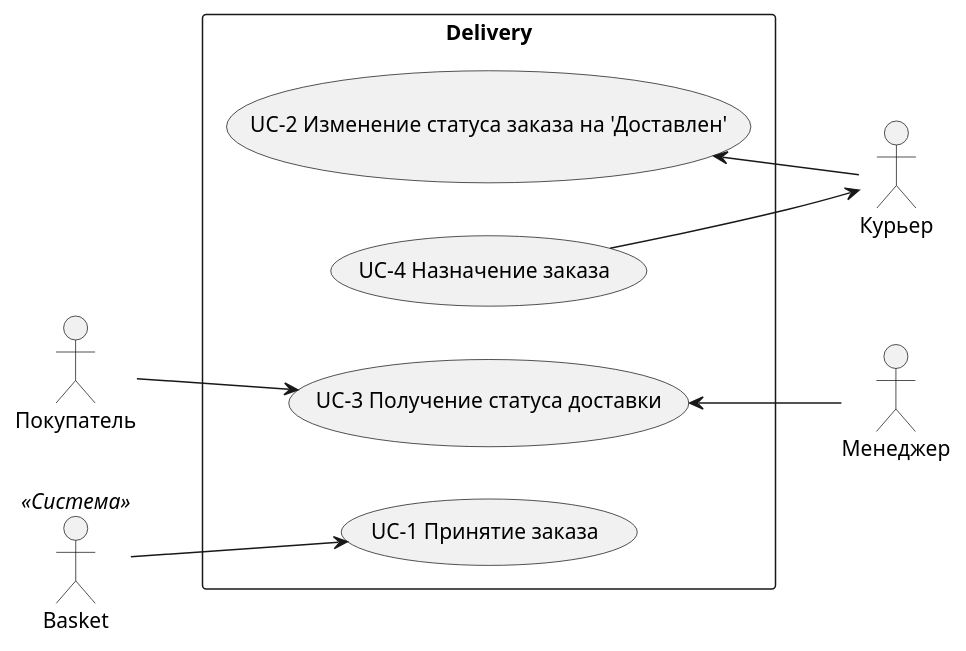
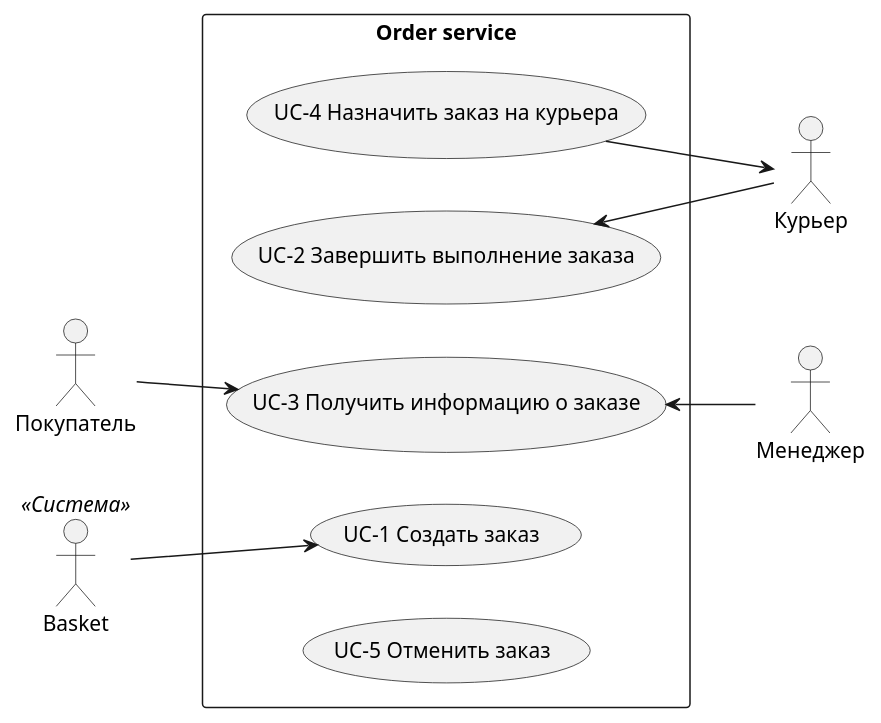
One commit to gerzhan/knigaexpert-system-design changed the fifth of 5 diagrams in services/delivery/README.md. Above: the diagram before and after it, drawn with PlantUML. The commit also changed other lines of this file and 10 other files, not shown here.

````diff
--- a/services/delivery/README.md
+++ b/services/delivery/README.md
@@ -194,31 +194,32 @@
 ```plantuml
 left to right direction
 skinparam packageStyle rectangle
 
 actor Покупатель as client
 actor Менеджер as manager
 actor Курьер as courier
 actor Basket as basket << Система >>
 
-rectangle Delivery {
-  usecase (UC-1 Принятие заказа) as UC1
-  usecase (UC-2 Изменение статуса заказа на 'Доставлен') as UC2
-  usecase (UC-3 Получение статуса доставки) as UC3
-  usecase (UC-4 Назначение заказа) as UC4
+rectangle "Order service" {
+  usecase (UC-1 Создать заказ) as UC1
+  usecase (UC-2 Завершить выполнение заказа) as UC2
+  usecase (UC-3 Получить информацию о заказе) as UC3
+  usecase (UC-4 Назначить заказ на курьера) as UC4
+  usecase (UC-5 Отменить заказ) as UC5
   
-
-  url of UC1 is [[use-cases/uc-1.md]]
-  url of UC2 is [[use-cases/uc-2.md]]
-  url of UC3 is [[use-cases/uc-3.md]]
-  url of UC4 is [[use-cases/uc-4.md]]
+  url of UC1 is [[use-cases/uc-1-create-order.md]]
+  url of UC2 is [[use-cases/uc-2-complete-order.md]]
+  url of UC3 is [[use-cases/uc-3-get-order.md]]
+  url of UC4 is [[use-cases/uc-4-assign-order.md]]
+  url of UC5 is [[use-cases/uc-5-cancel-order.md]]
 }
 
 basket --> UC1
 
 UC2 <-- courier
 UC4 --> courier
 
 client --> UC3 
 
 UC3 <--manager
 ```
````
